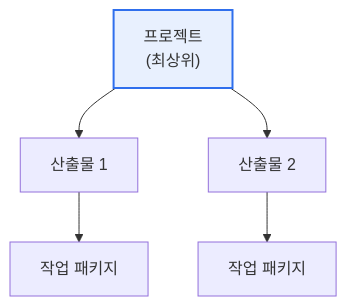
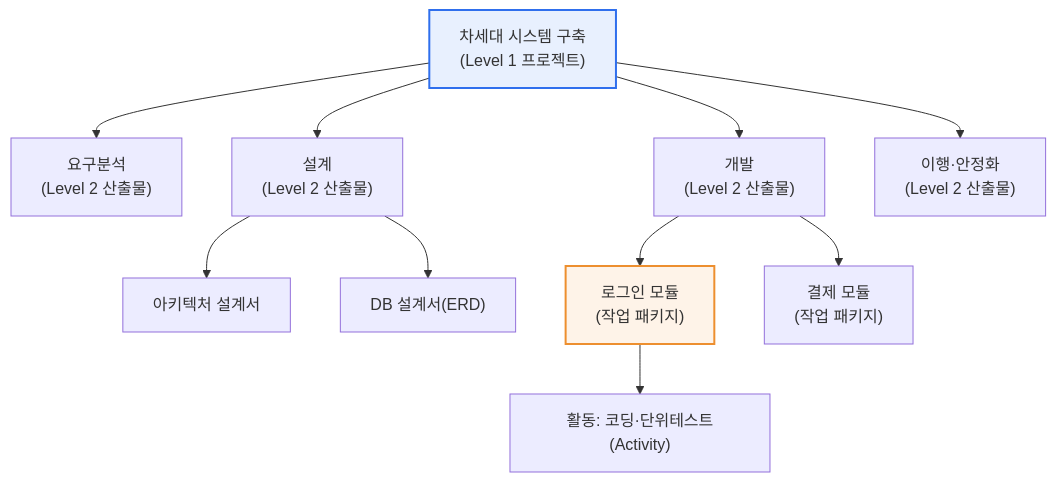
One commit to coninggu/wjdqhrhksflrltnftk changed the first of 2 diagrams in content/wbs.md. Above: the diagram before and after it, drawn with Mermaid. The commit also changed other lines of this file and 3 other files, not shown here.

````diff
--- a/content/wbs.md
+++ b/content/wbs.md
@@ -15,6 +21,15 @@
 ```mermaid
 flowchart TB
-  P["프로젝트<br/>(최상위)"] --> D1[산출물 1] --> W1[작업 패키지]
-  P --> D2[산출물 2] --> W2[작업 패키지]
+  P["차세대 시스템 구축<br/>(Level 1 프로젝트)"]
+  P --> A["요구분석<br/>(Level 2 산출물)"]
+  P --> B["설계<br/>(Level 2 산출물)"]
+  P --> C["개발<br/>(Level 2 산출물)"]
+  P --> D["이행·안정화<br/>(Level 2 산출물)"]
+  B --> B1["아키텍처 설계서"]
+  B --> B2["DB 설계서(ERD)"]
+  C --> C1["로그인 모듈<br/>(작업 패키지)"]
+  C --> C2["결제 모듈<br/>(작업 패키지)"]
+  C1 --> C1a["활동: 코딩·단위테스트(Activity)"]
   style P fill:#e8f0fe,stroke:#2f6fed,stroke-width:2px
+  style C1 fill:#fef3e8,stroke:#ed8f2f,stroke-width:2px
 ```
````
